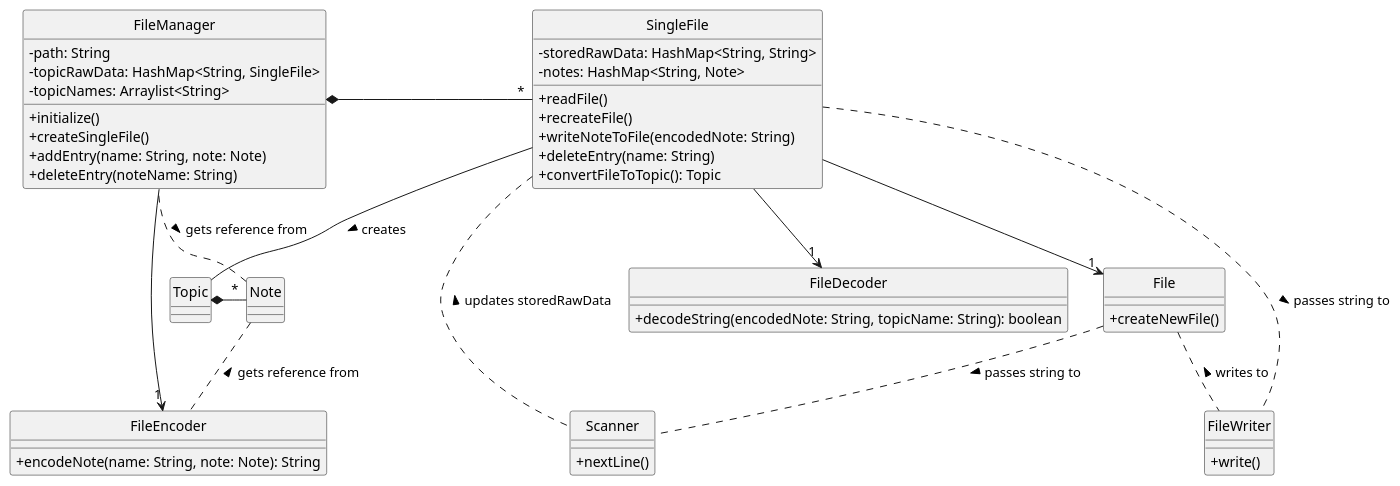
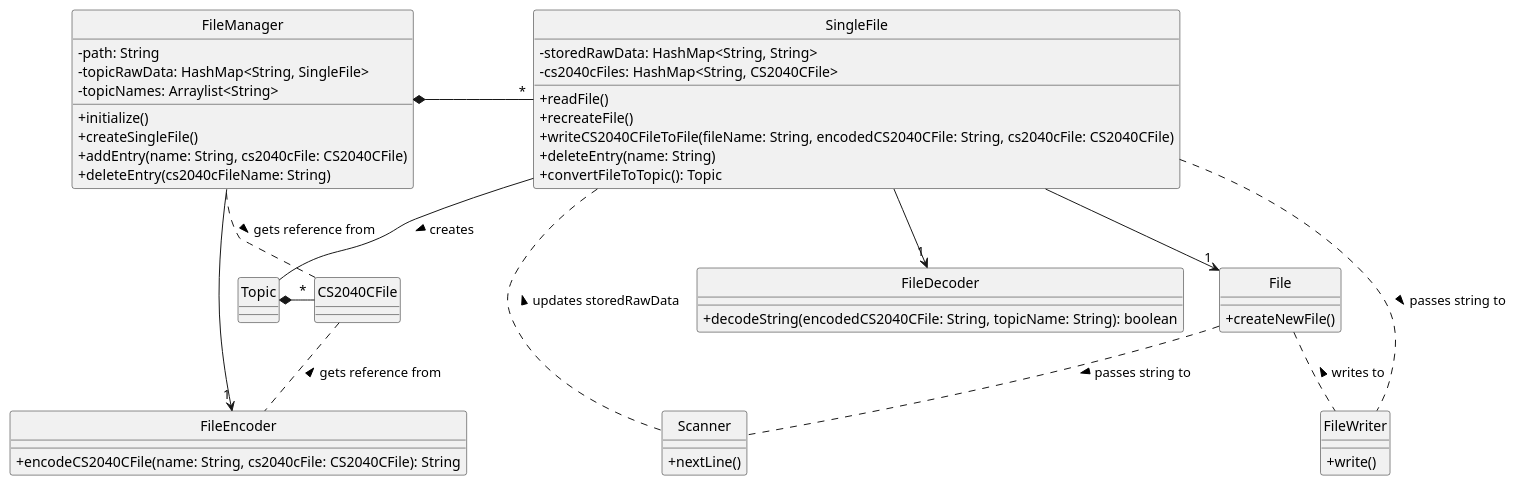
The diagram in docs/class-diagrams/source-files/FileManagerClass.puml (ong-ck/tp), drawn with PlantUML before and after one commit. The commit also changed 3 other files, not shown here.

```diff
--- a/docs/class-diagrams/source-files/FileManagerClass.puml
+++ b/docs/class-diagrams/source-files/FileManagerClass.puml
@@ -1,64 +1,64 @@
 @startuml
 skinparam classAttributeIconSize 0
 
 class FileManager {
 -path: String
 -topicRawData: HashMap<String, SingleFile>
 -topicNames: Arraylist<String>
 +initialize()
 +createSingleFile()
-+addEntry(name: String, note: Note)
-+deleteEntry(noteName: String)
++addEntry(name: String, cs2040cFile: CS2040CFile)
++deleteEntry(cs2040cFileName: String)
 }
 
 class SingleFile {
 -storedRawData: HashMap<String, String>
--notes: HashMap<String, Note>
+-cs2040cFiles: HashMap<String, CS2040CFile>
 +readFile()
 +recreateFile()
-+writeNoteToFile(encodedNote: String)
++writeCS2040CFileToFile(fileName: String, encodedCS2040CFile: String, cs2040cFile: CS2040CFile)
 +deleteEntry(name: String)
 +convertFileToTopic(): Topic
 }
 
 class FileDecoder {
-+decodeString(encodedNote: String, topicName: String): boolean
++decodeString(encodedCS2040CFile: String, topicName: String): boolean
 }
 
 class FileEncoder {
-+encodeNote(name: String, note: Note): String
++encodeCS2040CFile(name: String, cs2040cFile: CS2040CFile): String
 }
 
 class File {
 +createNewFile()
 }
 
 class Topic {
 }
 
-class Note {
+class CS2040CFile {
 }
 
 class Scanner {
 +nextLine()
 }
 
 class FileWriter {
 +write()
 }
 
 FileManager --> "1" FileEncoder
 FileManager *- "*" SingleFile
 SingleFile --> "1" FileDecoder
 SingleFile --> "1" File
 SingleFile -- Topic : creates >
 SingleFile .. FileWriter : passes string to >
 File .. FileWriter : writes to <
 SingleFile .. Scanner : updates storedRawData <
 File .. Scanner : passes string to >
-Note .. FileManager : gets reference from <
-Note .. FileEncoder : gets reference from <
-Topic *- "*" Note
+CS2040CFile .. FileManager : gets reference from <
+CS2040CFile .. FileEncoder : gets reference from <
+Topic *- "*" CS2040CFile
 
 hide circle
 @enduml
```
